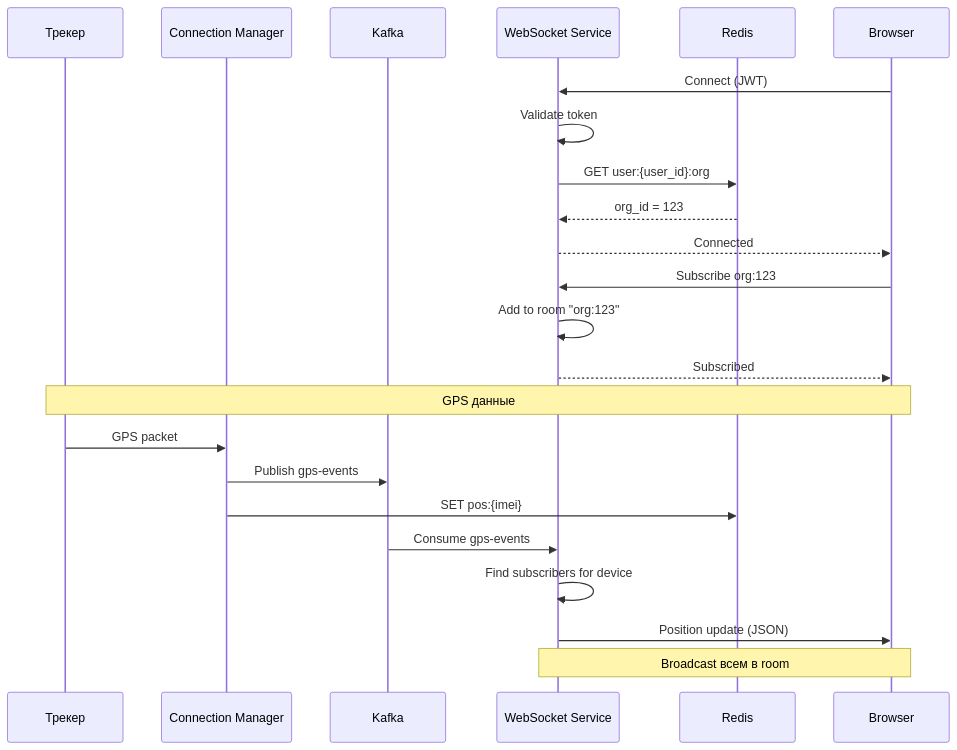
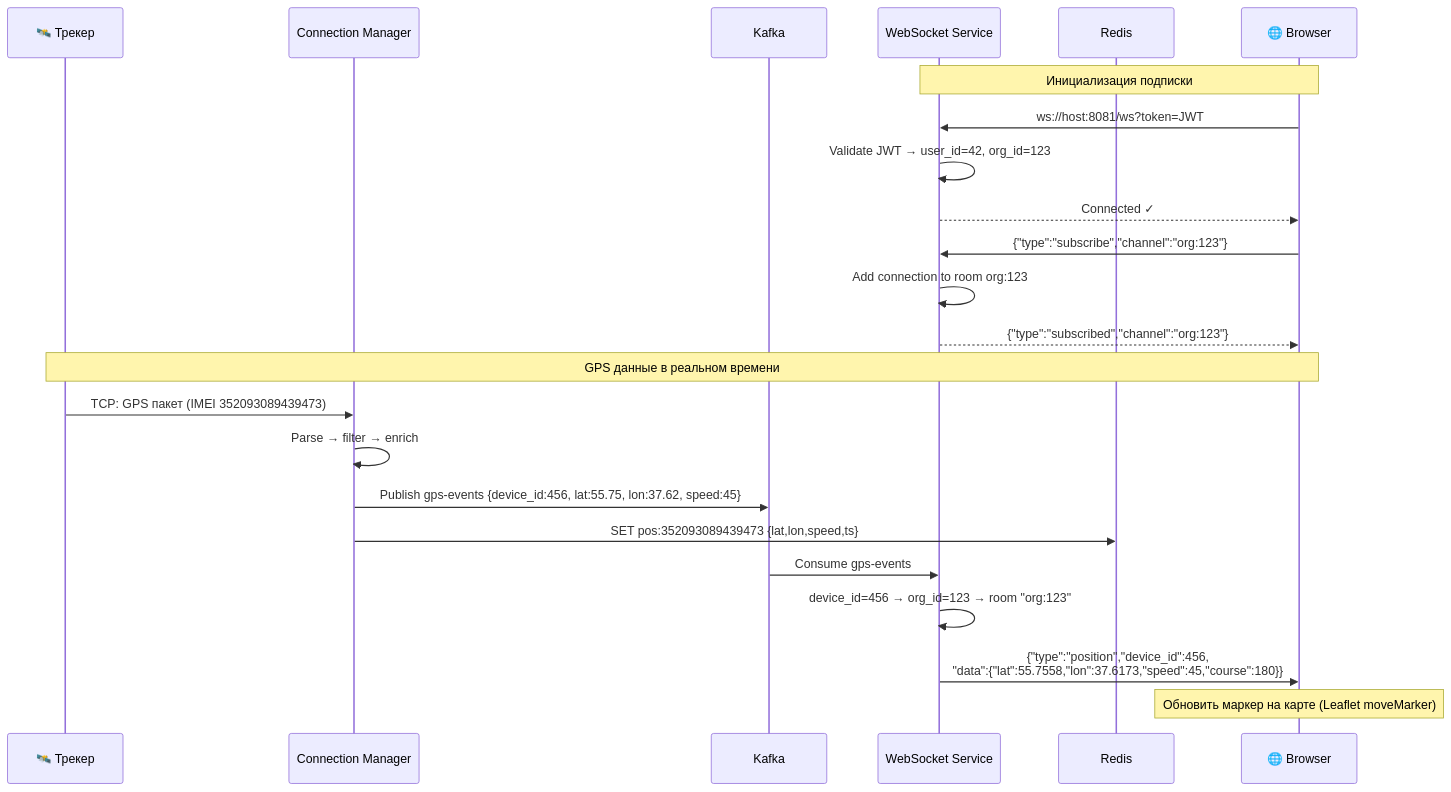
Diagram 12 of 18 in docs/blocks/ARCHITECTURE_BLOCK3.md (revarewerd/wayrecall-tracker-system), drawn with Mermaid before and after one commit. The commit also changed other lines of this file and 544 other files, not shown here.

````diff
--- a/docs/blocks/ARCHITECTURE_BLOCK3.md
+++ b/docs/blocks/ARCHITECTURE_BLOCK3.md
@@ -953,31 +655,33 @@
 ```mermaid
 sequenceDiagram
-    participant T as Трекер
+    participant T as 🛰️ Трекер
     participant CM as Connection Manager
     participant K as Kafka
     participant WS as WebSocket Service
     participant R as Redis
-    participant B as Browser
+    participant B as 🌐 Browser
 
-    B->>WS: Connect (JWT)
-    WS->>WS: Validate token
-    WS->>R: GET user:{user_id}:org
-    R-->>WS: org_id = 123
-    WS-->>B: Connected
+    Note over B,WS: Инициализация подписки
 
-    B->>WS: Subscribe org:123
-    WS->>WS: Add to room "org:123"
-    WS-->>B: Subscribed
+    B->>WS: ws://host:8081/ws?token=JWT
+    WS->>WS: Validate JWT → user_id=42, org_id=123
+    WS-->>B: Connected ✓
 
-    Note over T,B: GPS данные
+    B->>WS: {"type":"subscribe","channel":"org:123"}
+    WS->>WS: Add connection to room org:123
+    WS-->>B: {"type":"subscribed","channel":"org:123"}
 
-    T->>CM: GPS packet
-    CM->>K: Publish gps-events
-    CM->>R: SET pos:{imei}
+    Note over T,B: GPS данные в реальном времени
+
+    T->>CM: TCP: GPS пакет (IMEI 352093089439473)
+    CM->>CM: Parse → filter → enrich
+    CM->>K: Publish gps-events {device_id:456, lat:55.75, lon:37.62, speed:45}
+    CM->>R: SET pos:352093089439473 {lat,lon,speed,ts}
 
     K->>WS: Consume gps-events
-    WS->>WS: Find subscribers for device
-    WS->>B: Position update (JSON)
+    WS->>WS: device_id=456 → org_id=123 → room "org:123"
 
-    Note over WS,B: Broadcast всем в room
+    WS->>B: {"type":"position","device_id":456,<br/>"data":{"lat":55.7558,"lon":37.6173,"speed":45,"course":180}}
+
+    Note over B: Обновить маркер на карте (Leaflet moveMarker)
 ```
````
